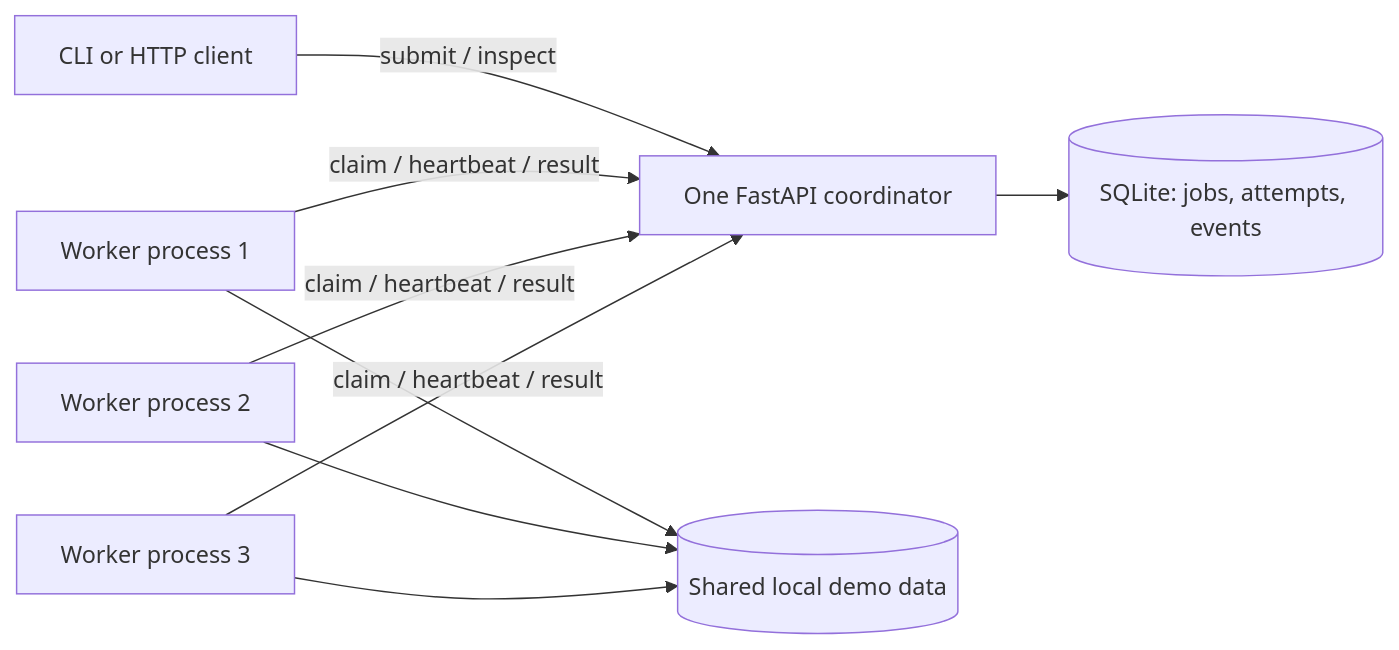
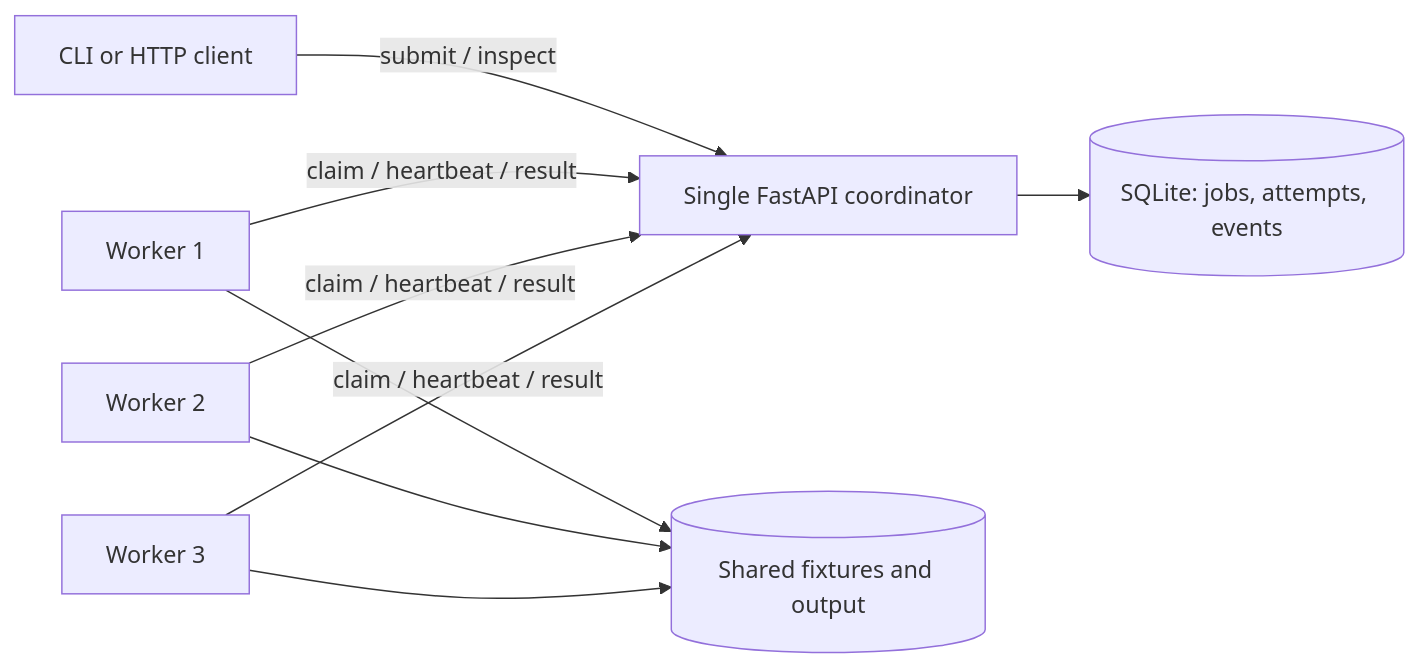
Before and after one commit to ChenJY06/queueworks: the diagram in README.md, drawn with Mermaid. The commit also changed other lines of this file and 14 other files, not shown here.

````diff
--- a/README.md
+++ b/README.md
@@ -92,11 +44,11 @@
 ```mermaid
 flowchart LR
-    Client[CLI or HTTP client] -->|submit / inspect| API[One FastAPI coordinator]
-    W1[Worker process 1] -->|claim / heartbeat / result| API
-    W2[Worker process 2] -->|claim / heartbeat / result| API
-    W3[Worker process 3] -->|claim / heartbeat / result| API
+    Client[CLI or HTTP client] -->|submit / inspect| API[Single FastAPI coordinator]
+    W1[Worker 1] -->|claim / heartbeat / result| API
+    W2[Worker 2] -->|claim / heartbeat / result| API
+    W3[Worker 3] -->|claim / heartbeat / result| API
     API --> DB[(SQLite: jobs, attempts, events)]
-    W1 --> Data[(Shared local demo data)]
+    W1 --> Data[(Shared fixtures and output)]
     W2 --> Data
     W3 --> Data
 ```
````
